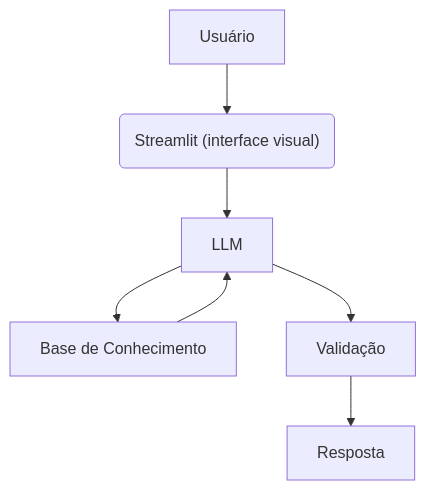
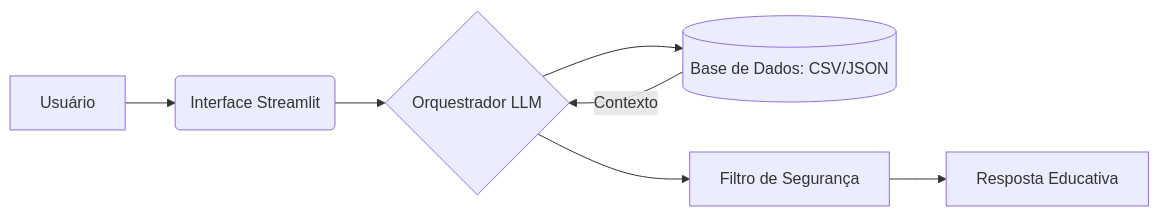
Before and after one commit to Carlosd-nascimento/dio-lab-bia-do-futuro: the diagram in README.md, drawn with Mermaid. The commit also changed other lines of this file, not shown here.

````diff
--- a/README.md
+++ b/README.md
@@ -44,9 +27,9 @@
 ```mermaid
-flowchart TD
-    A[Usuário] --> B("Streamlit (interface visual)")
-    B --> C[LLM]
-    C --> D[Base de Conhecimento]
-    D --> C
-    C --> E[Validação]
-    E --> F[Resposta]
+flowchart LR
+    A[Usuário] --> B(Interface Streamlit)
+    B --> C{Orquestrador LLM}
+    C --> D[(Base de Dados: CSV/JSON)]
+    D -- Contexto --> C
+    C --> E[Filtro de Segurança]
+    E --> F[Resposta Educativa]
 ```
````
